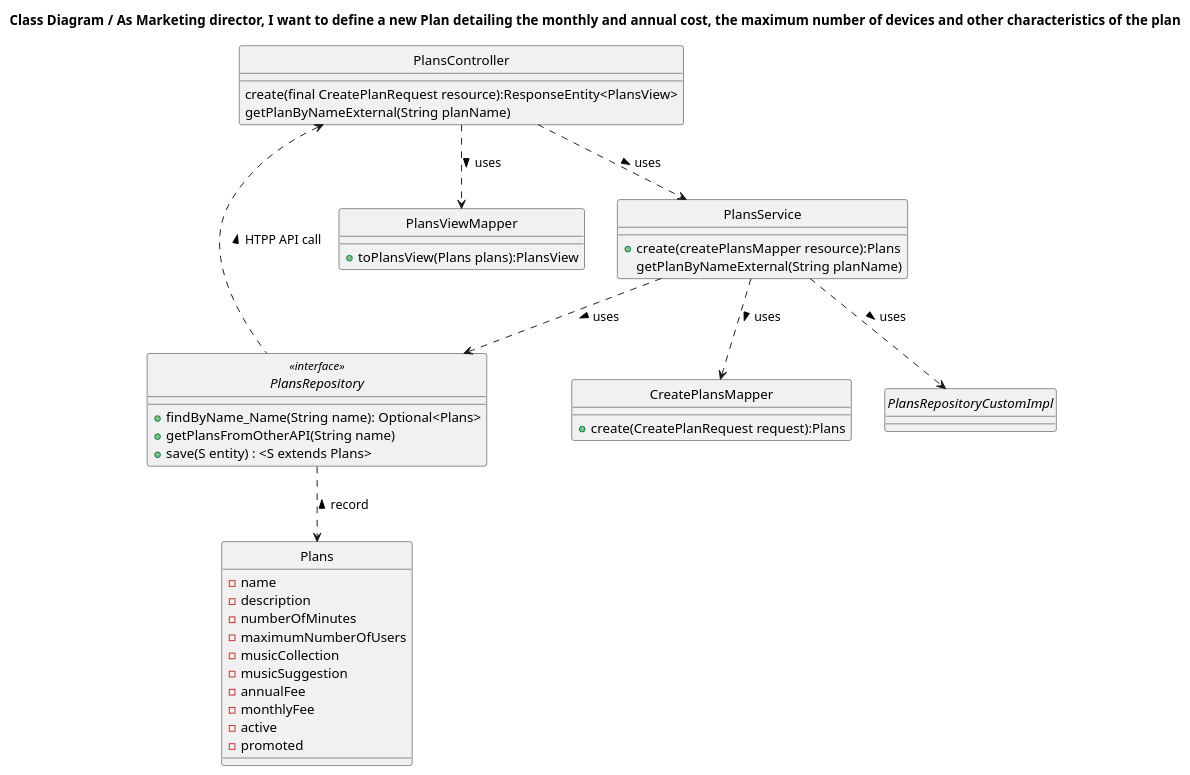
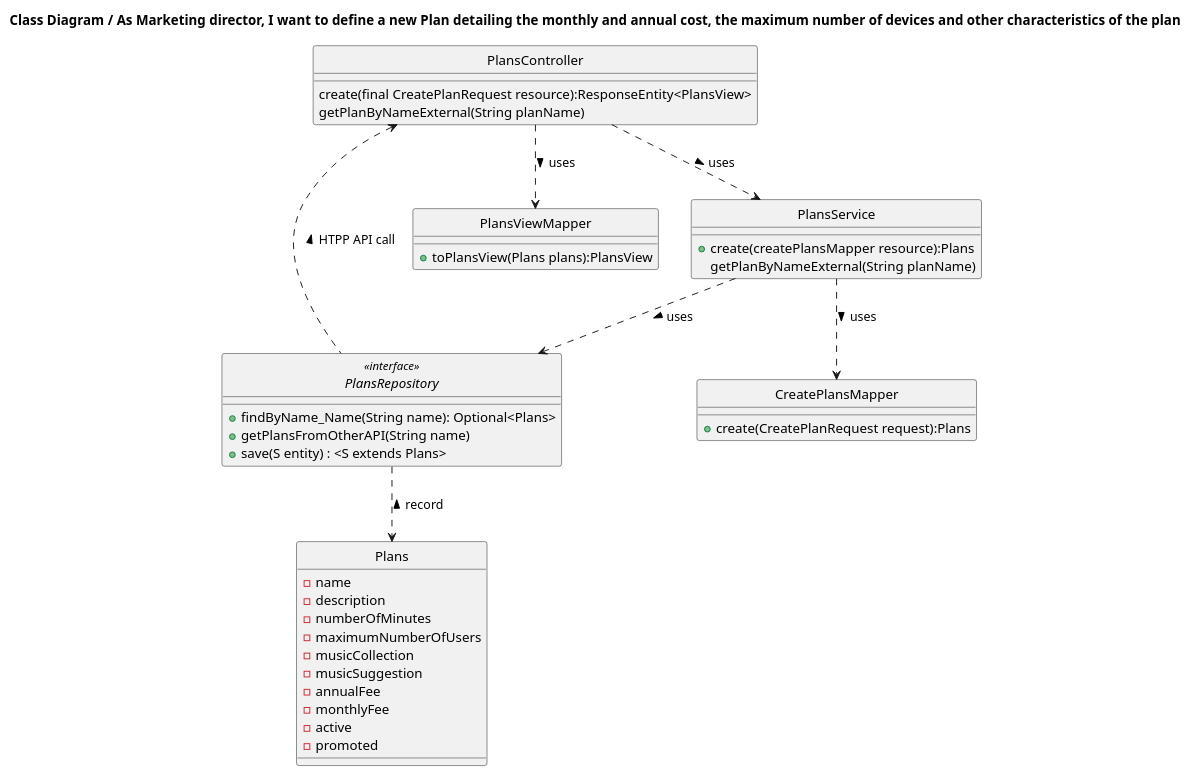
Before and after one commit to IsepMartimOliveira/SIDIS: the diagram in docs_sidis/Plans/WP#1A/US01/CD.puml, drawn with PlantUML. The commit also changed 15 other files, not shown here.

```diff
--- a/docs_sidis/Plans/WP#1A/US01/CD.puml
+++ b/docs_sidis/Plans/WP#1A/US01/CD.puml
@@ -1,60 +1,55 @@
 @startuml
 'https://plantuml.com/class-diagram
 hide circle
 class PlansRepository <<interface>>
 
 title Class Diagram / As Marketing director, I want to define a new Plan detailing the monthly and annual cost, the maximum number of devices and other characteristics of the plan
 
 
 
 class Plans{
     -name
     - description
     - numberOfMinutes
     -maximumNumberOfUsers
     -musicCollection
      -musicSuggestion
      -annualFee
      -monthlyFee
      -active
      -promoted
 }
 class PlansViewMapper{
     +toPlansView(Plans plans):PlansView
 }
 class PlansController{
     create(final CreatePlanRequest resource):ResponseEntity<PlansView>
     getPlanByNameExternal(String planName)
     }
 class PlansService{
  +create(createPlansMapper resource):Plans
  getPlanByNameExternal(String planName)
 
 
 }
 class CreatePlansMapper{
     +create(CreatePlanRequest request):Plans
 }
 
 interface PlansRepository
 {
 +findByName_Name(String name): Optional<Plans>
 + getPlansFromOtherAPI(String name)
 +save(S entity) : <S extends Plans>
 }
 
-interface PlansRepositoryCustomImpl
-{
 
-
-}
 
 
 PlansController ..> PlansService: uses >
 PlansService ..> PlansRepository: uses >
-PlansService ..> PlansRepositoryCustomImpl: uses >
 PlansRepository ..> Plans: < record
 PlansRepository ..left>PlansController: HTPP API call >
 PlansService ..> CreatePlansMapper: uses >
 PlansController ..>PlansViewMapper: uses >
 @enduml
```
